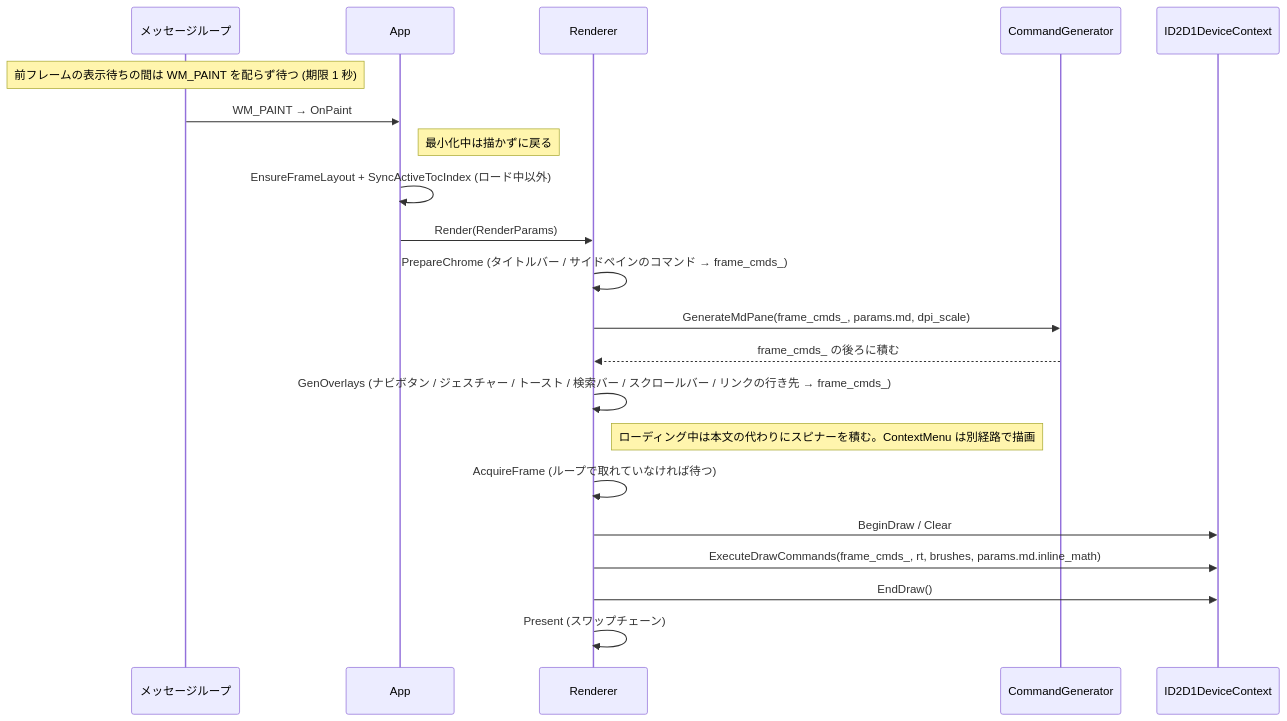
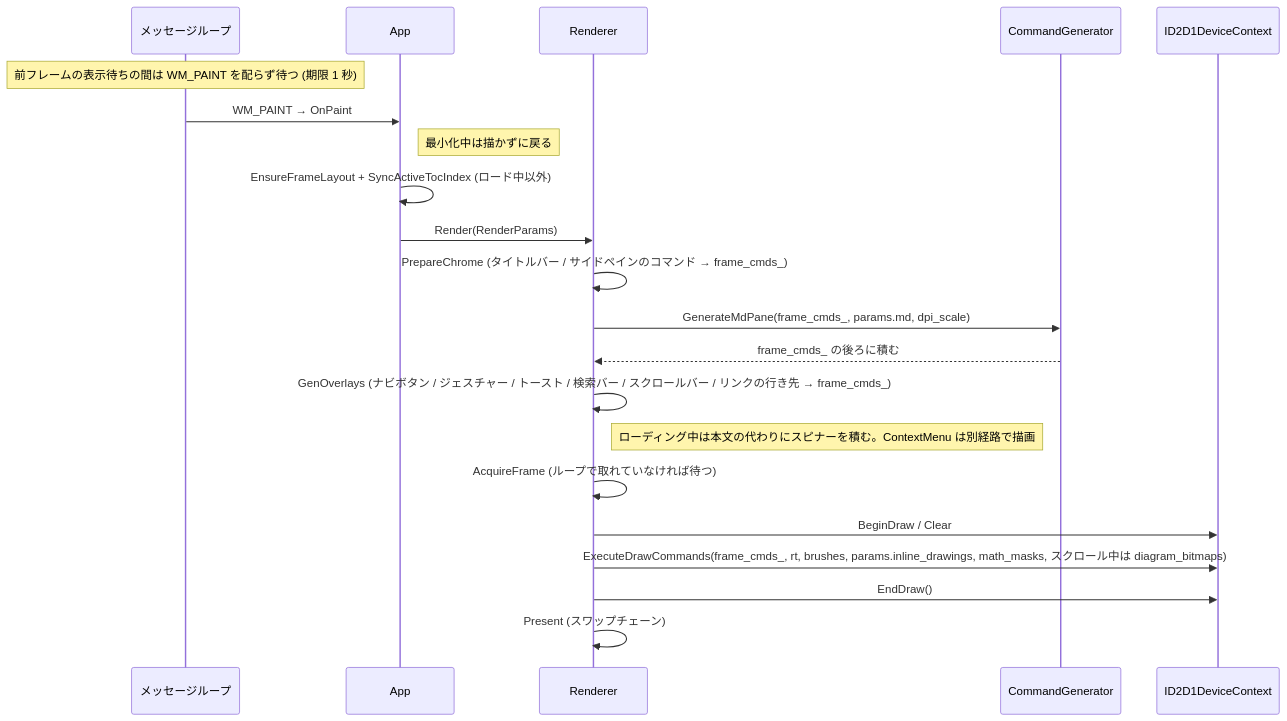
Before and after one commit to tanaton/mendo: diagram 19 of 58 in example/test.md, drawn with Mermaid. The commit also changed other lines of this file and 91 other files, not shown here.

````diff
--- a/example/test.md
+++ b/example/test.md
@@ -3124,24 +3291,24 @@
 ```mermaid
 sequenceDiagram
     participant ML as メッセージループ
     participant APP as App
     participant R as Renderer
     participant CG as CommandGenerator
     participant RT as ID2D1DeviceContext
 
     Note over ML: 前フレームの表示待ちの間は WM_PAINT を配らず待つ (期限 1 秒)
     ML->>APP: WM_PAINT → OnPaint
     Note right of APP: 最小化中は描かずに戻る
     APP->>APP: EnsureFrameLayout + SyncActiveTocIndex (ロード中以外)
     APP->>R: Render(RenderParams)
     R->>R: PrepareChrome (タイトルバー / サイドペインのコマンド → frame_cmds_)
     R->>CG: GenerateMdPane(frame_cmds_, params.md, dpi_scale)
     CG-->>R: frame_cmds_ の後ろに積む
     R->>R: GenOverlays (ナビボタン / ジェスチャー / トースト / 検索バー / スクロールバー / リンクの行き先 → frame_cmds_)
     Note right of R: ローディング中は本文の代わりにスピナーを積む。ContextMenu は別経路で描画
     R->>R: AcquireFrame (ループで取れていなければ待つ)
     R->>RT: BeginDraw / Clear
-    R->>RT: ExecuteDrawCommands(frame_cmds_, rt, brushes, params.md.inline_math)
+    R->>RT: ExecuteDrawCommands(frame_cmds_, rt, brushes, params.inline_drawings, math_masks, スクロール中は diagram_bitmaps)
     R->>RT: EndDraw()
     R->>R: Present (スワップチェーン)
 ```
````
